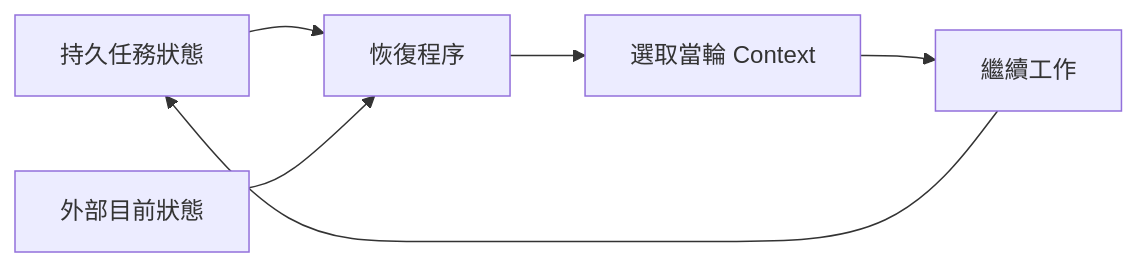
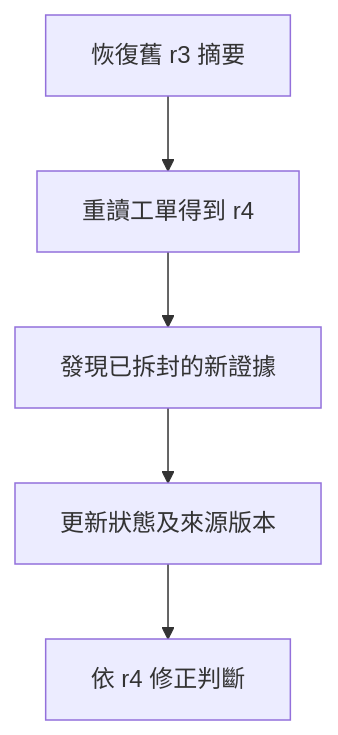
One commit to easyvibecoding/Agent-Engineering changed the diagram in chapters/knowledge/06-memory-and-state/lesson.md. Above: the diagram before and after it, drawn with Mermaid. The commit also changed other lines of this file and 139 other files, not shown here.

````diff
--- a/chapters/knowledge/06-memory-and-state/lesson.md
+++ b/chapters/knowledge/06-memory-and-state/lesson.md
@@ -47,8 +70,12 @@
 ```mermaid
-flowchart LR
-  P["持久任務狀態"] --> R["恢復程序"]
-  E["外部目前狀態"] --> R
-  R --> C["選取當輪 Context"]
-  C --> W["繼續工作"]
-  W --> P
+flowchart TD
+    A["恢復舊 r3 摘要"]
+    B["重讀工單得到 r4"]
+    C["發現已拆封的新證據"]
+    D["更新狀態及來源版本"]
+    E["依 r4 修正判斷"]
+    A --> B
+    B --> C
+    C --> D
+    D --> E
 ```
````
